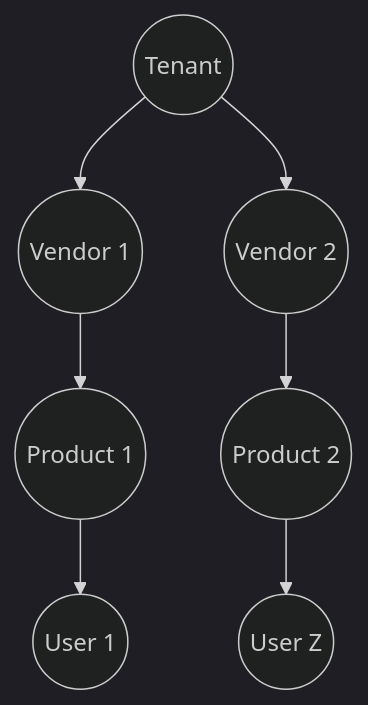
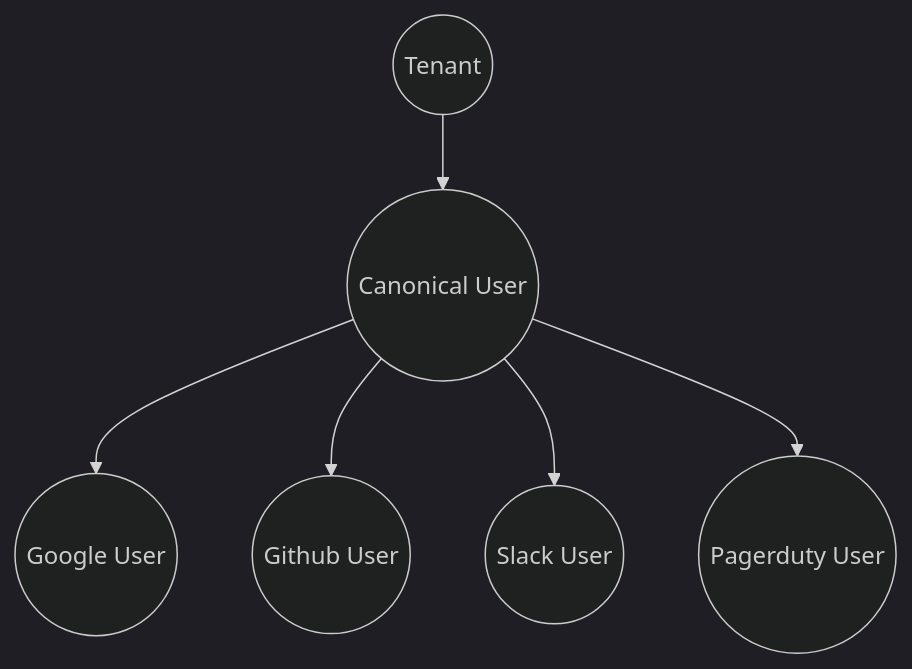
One commit to RyanFrantz/relatable-exploration changed the diagram in docs/domain-model.md. Above: the diagram before and after it, drawn with Mermaid (dark theme). The commit also changed other lines of this file, not shown here.

````diff
--- a/docs/domain-model.md
+++ b/docs/domain-model.md
@@ -1,5 +3,7 @@
 ```mermaid
   graph TD
-    Tenant((Tenant))-->Vendor1((Vendor 1))-->Product1((Product 1))-->User1((User 1))
-    Tenant((Tenant))-->Vendor2((Vendor 2))-->Product2((Product 2))-->UserZ((User Z))
+    Tenant((Tenant))-->CanonicalUser((Canonical User))-->GoogleUser((Google User))
+    CanonicalUser((Canonical User))-->GithubUser((Github User))
+    CanonicalUser((Canonical User))-->SlackUser((Slack User))
+    CanonicalUser((Canonical User))-->PagerdutyUser((Pagerduty User))
 ```
````
